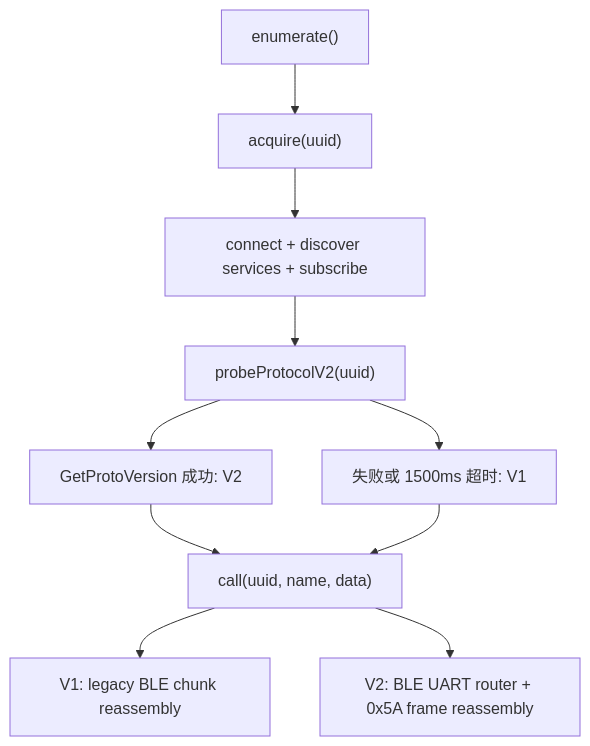
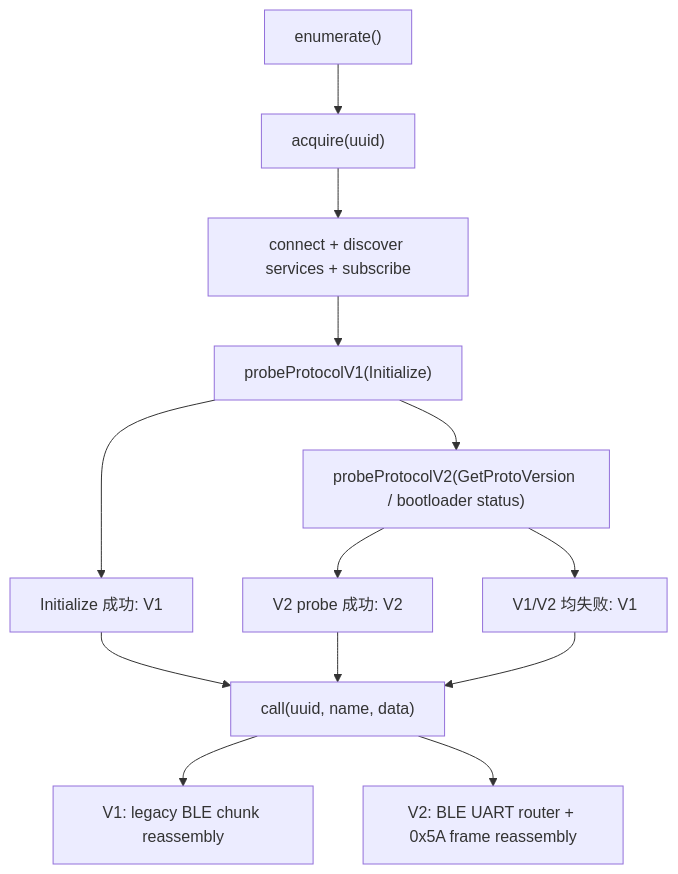
One commit to OneKeyHQ/hardware-js-sdk changed the third of 5 diagrams in docs/transport.md. Above: the diagram before and after it, drawn with Mermaid. The commit also changed other lines of this file and 26 other files, not shown here.

````diff
--- a/docs/transport.md
+++ b/docs/transport.md
@@ -75,18 +83,22 @@
 ```mermaid
 flowchart TD
   Enumerate["enumerate()"]
   Acquire["acquire(uuid)"]
   Connect["connect + discover services + subscribe"]
-  Probe["probeProtocolV2(uuid)"]
-  V2["GetProtoVersion 成功: V2"]
-  V1["失败或 1500ms 超时: V1"]
+  ProbeV1["probeProtocolV1(Initialize)"]
+  V1["Initialize 成功: V1"]
+  ProbeV2["probeProtocolV2(GetProtoVersion / bootloader status)"]
+  V2["V2 probe 成功: V2"]
+  FallbackV1["V1/V2 均失败: V1"]
   Call["call(uuid, name, data)"]
   CallV1["V1: legacy BLE chunk reassembly"]
   CallV2["V2: BLE UART router + 0x5A frame reassembly"]
 
-  Enumerate --> Acquire --> Connect --> Probe
-  Probe --> V2 --> Call
-  Probe --> V1 --> Call
+  Enumerate --> Acquire --> Connect --> ProbeV1
+  ProbeV1 --> V1 --> Call
+  ProbeV1 --> ProbeV2
+  ProbeV2 --> V2 --> Call
+  ProbeV2 --> FallbackV1 --> Call
   Call --> CallV1
   Call --> CallV2
 ```
````
